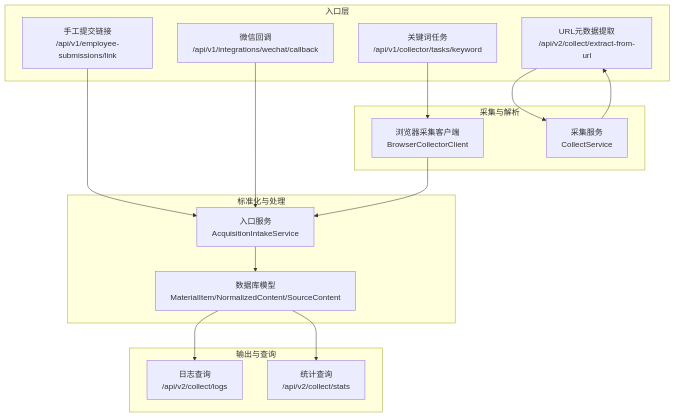
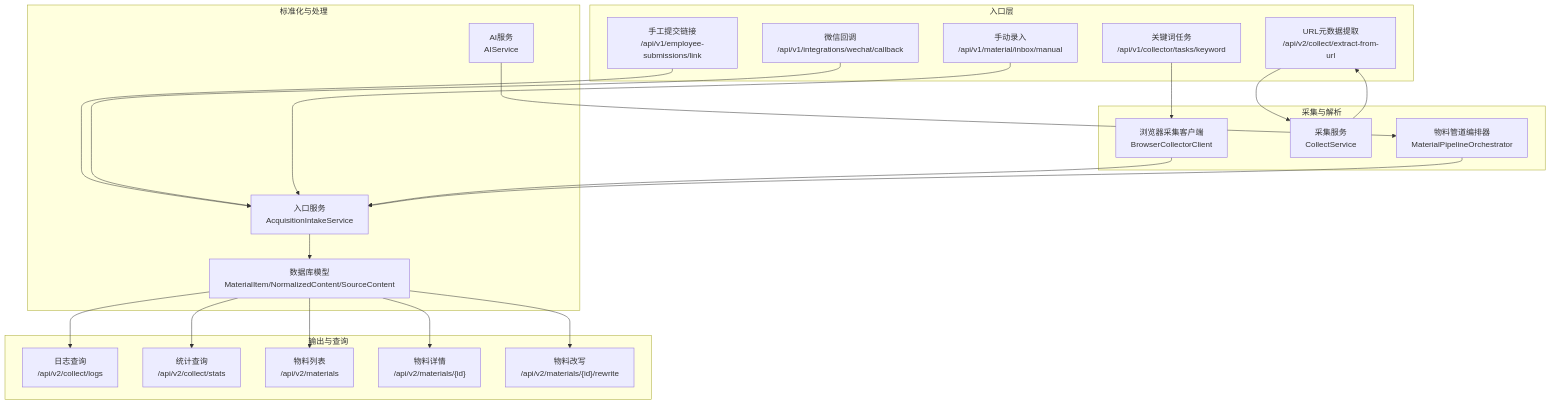
One commit to dream-ze/AI_huoke- changed the second of 10 diagrams in .qoder/repowiki/zh/content/API接口文档/内容采集接口.md. Above: the diagram before and after it, drawn with Mermaid. The commit also changed other lines of this file and 52 other files, not shown here.

````diff
--- a/.qoder/repowiki/zh/content/API接口文档/内容采集接口.md
+++ b/.qoder/repowiki/zh/content/API接口文档/内容采集接口.md
@@ -97,30 +120,42 @@
 ```mermaid
 graph TB
 subgraph "入口层"
 KW["关键词任务<br/>/api/v1/collector/tasks/keyword"]
 EL["手工提交链接<br/>/api/v1/employee-submissions/link"]
 WC["微信回调<br/>/api/v1/integrations/wechat/callback"]
 EU["URL元数据提取<br/>/api/v2/collect/extract-from-url"]
+MI["手动录入<br/>/api/v1/material/inbox/manual"]
 end
 subgraph "采集与解析"
 BCC["浏览器采集客户端<br/>BrowserCollectorClient"]
 CS["采集服务<br/>CollectService"]
+MO["物料管道编排器<br/>MaterialPipelineOrchestrator"]
 end
 subgraph "标准化与处理"
 AIS["入口服务<br/>AcquisitionIntakeService"]
 DB["数据库模型<br/>MaterialItem/NormalizedContent/SourceContent"]
+AI["AI服务<br/>AIService"]
 end
 subgraph "输出与查询"
 LOG["日志查询<br/>/api/v2/collect/logs"]
 ST["统计查询<br/>/api/v2/collect/stats"]
+ML["物料列表<br/>/api/v2/materials"]
+MD["物料详情<br/>/api/v2/materials/{id}"]
+MR["物料改写<br/>/api/v2/materials/{id}/rewrite"]
 end
 KW --> BCC
 EL --> AIS
 WC --> AIS
 EU --> CS
+MI --> AIS
 BCC --> AIS
 AIS --> DB
 CS --> EU
+MO --> AIS
+AI --> MO
 DB --> LOG
 DB --> ST
+DB --> ML
+DB --> MD
+DB --> MR
 ```
````
